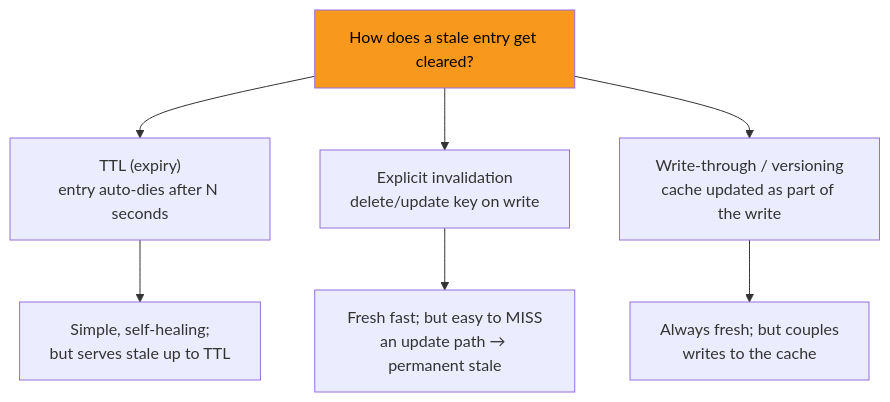
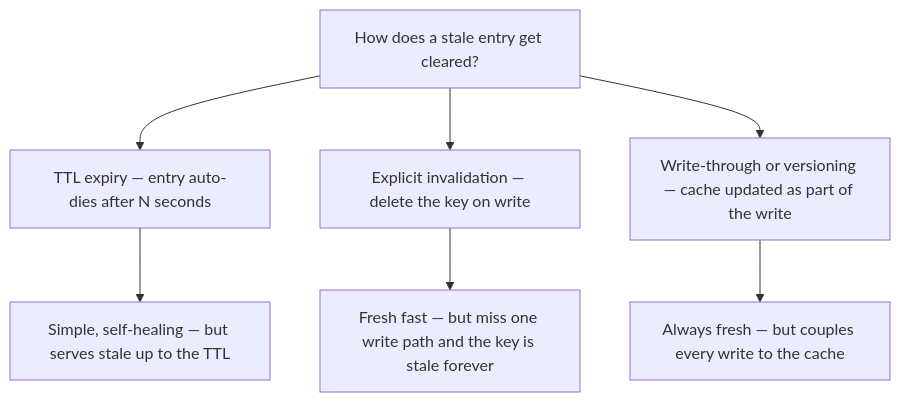
One commit to mohammad-mriesh-job/cortex changed the second of 3 diagrams in src/modules/database/content/09-scaling/05-caching.md. Above: the diagram before and after it, drawn with Mermaid. The commit also changed other lines of this file and 257 other files, not shown here.

````diff
--- a/src/modules/database/content/09-scaling/05-caching.md
+++ b/src/modules/database/content/09-scaling/05-caching.md
@@ -103,11 +103,10 @@
 ```mermaid
 flowchart TD
     I["How does a stale entry get cleared?"]
-    I --> T["TTL (expiry)<br/>entry auto-dies after N seconds"]
-    I --> E["Explicit invalidation<br/>delete/update key on write"]
-    I --> W["Write-through / versioning<br/>cache updated as part of the write"]
-    T --> Tn["Simple, self-healing;<br/>but serves stale up to TTL"]
-    E --> En["Fresh fast; but easy to MISS<br/>an update path → permanent stale"]
-    W --> Wn["Always fresh; but couples<br/>writes to the cache"]
-    style I fill:#f8981d,color:#000
+    I --> T["TTL expiry — entry auto-dies after N seconds"]
+    I --> E["Explicit invalidation — delete the key on write"]
+    I --> W["Write-through or versioning — cache updated as part of the write"]
+    T --> Tn["Simple, self-healing — but serves stale up to the TTL"]
+    E --> En["Fresh fast — but miss one write path and the key is stale forever"]
+    W --> Wn["Always fresh — but couples every write to the cache"]
 ```
````
